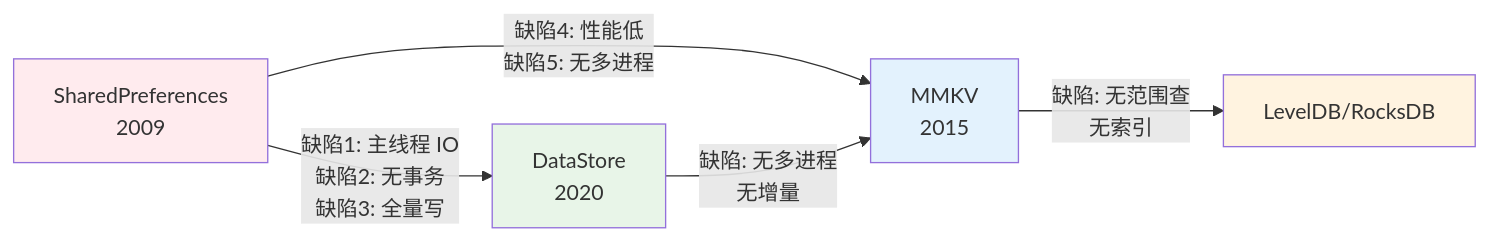
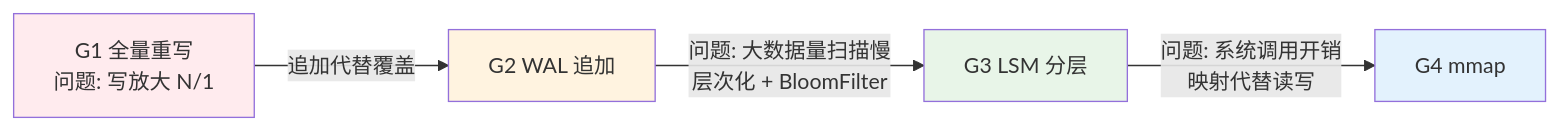
One commit to chongyang211/YCBookBlog changed diagram 22 of 28 in docs/10.真经/05.方案设计思想/04.缓存架构设计思想.md. Above: the diagram before and after it, drawn with Mermaid. The commit also changed other lines of this file and 1 other file, not shown here.

````diff
--- a/docs/10.真经/05.方案设计思想/04.缓存架构设计思想.md
+++ b/docs/10.真经/05.方案设计思想/04.缓存架构设计思想.md
@@ -1525,13 +1832,11 @@
 ```mermaid
 graph LR
-    SP[SharedPreferences<br/>2009] -->|缺陷1: 主线程 IO<br/>缺陷2: 无事务<br/>缺陷3: 全量写| DS[DataStore<br/>2020]
-    SP -->|缺陷4: 性能低<br/>缺陷5: 无多进程| MMKV[MMKV<br/>2015]
+    G1[G1 全量重写<br/>问题: 写放大 N/1] -->|追加代替覆盖| G2[G2 WAL 追加]
+    G2 -->|问题: 大数据量扫描慢<br/>层次化 + BloomFilter| G3[G3 LSM 分层]
+    G3 -->|问题: 系统调用开销<br/>映射代替读写| G4[G4 mmap]
     
-    DS -->|缺陷: 无多进程<br/>无增量| MMKV
-    MMKV -->|缺陷: 无范围查<br/>无索引| RocksDB[LevelDB/RocksDB]
-    
-    style SP fill:#ffebee
-    style DS fill:#e8f5e8
-    style MMKV fill:#e3f2fd
-    style RocksDB fill:#fff3e0
+    style G1 fill:#ffebee
+    style G2 fill:#fff3e0
+    style G3 fill:#e8f5e8
+    style G4 fill:#e3f2fd
 ```
````
